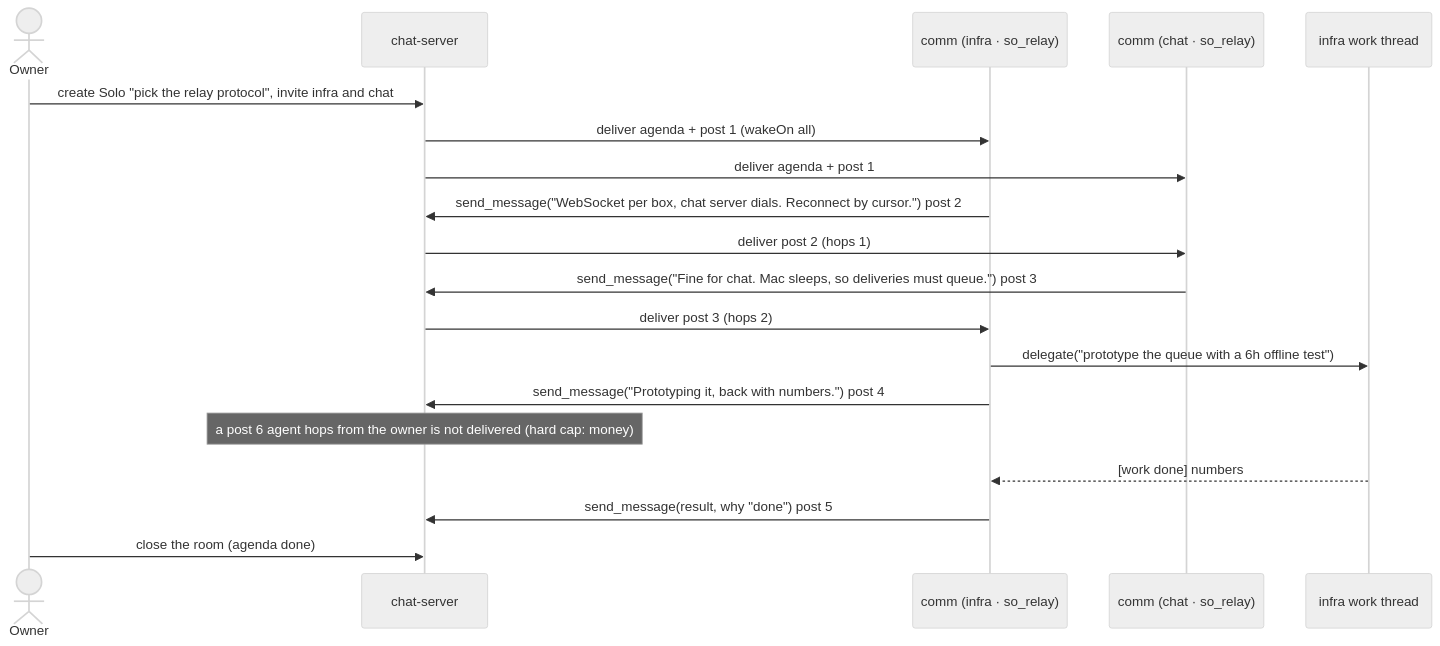
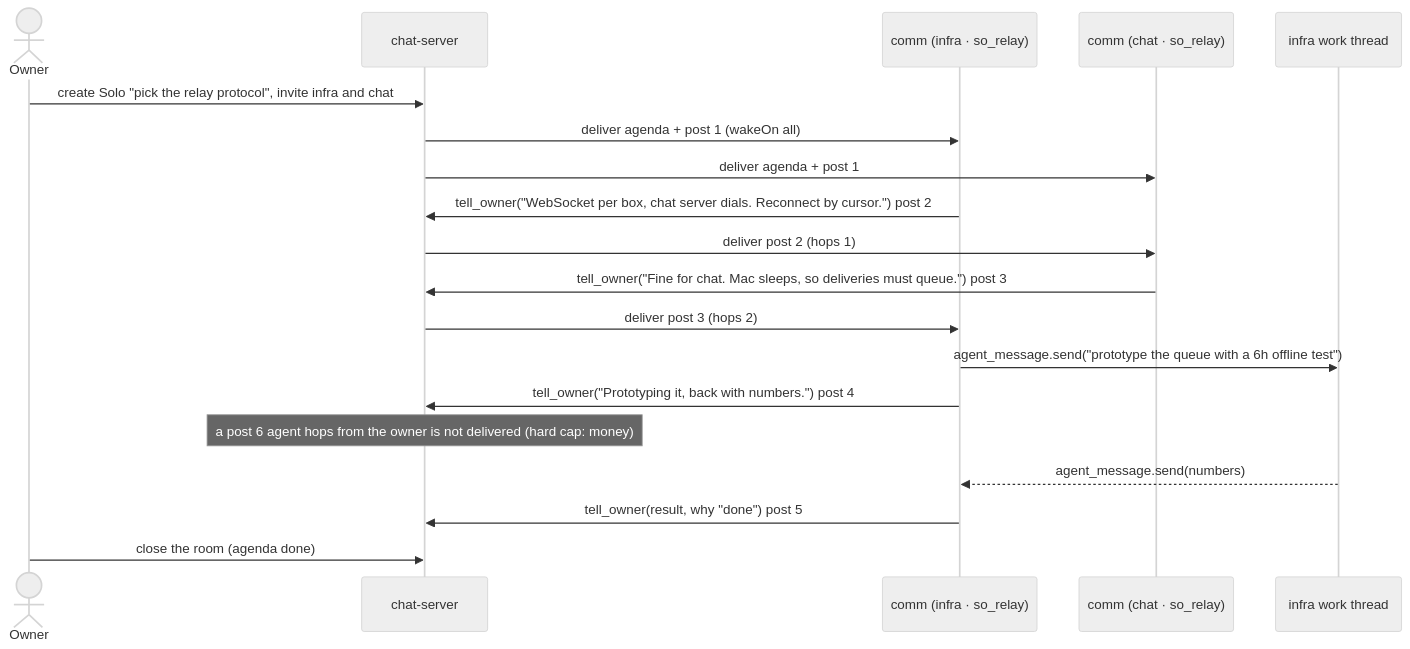
The fifth of 6 diagrams in apps/chat/docs/agent-model.md (sieu-n/sieun-pi), drawn with Mermaid (neutral theme) before and after one commit. The commit also changed other lines of this file, not shown here.

First line of the commit message:
docs(chat): agent-model.md matches the built system

````diff
--- a/apps/chat/docs/agent-model.md
+++ b/apps/chat/docs/agent-model.md
@@ -190,21 +190,21 @@
 ```mermaid
 sequenceDiagram
   actor O as Owner
   participant S as chat-server
   participant A as comm (infra · so_relay)
   participant B as comm (chat · so_relay)
   participant KA as infra work thread
   O->>S: create Solo "pick the relay protocol", invite infra and chat
   S->>A: deliver agenda + post 1 (wakeOn all)
   S->>B: deliver agenda + post 1
-  A->>S: send_message("WebSocket per box, chat server dials. Reconnect by cursor.") post 2
+  A->>S: tell_owner("WebSocket per box, chat server dials. Reconnect by cursor.") post 2
   S->>B: deliver post 2 (hops 1)
-  B->>S: send_message("Fine for chat. Mac sleeps, so deliveries must queue.") post 3
+  B->>S: tell_owner("Fine for chat. Mac sleeps, so deliveries must queue.") post 3
   S->>A: deliver post 3 (hops 2)
-  A->>KA: delegate("prototype the queue with a 6h offline test")
-  A->>S: send_message("Prototyping it, back with numbers.") post 4
+  A->>KA: agent_message.send("prototype the queue with a 6h offline test")
+  A->>S: tell_owner("Prototyping it, back with numbers.") post 4
   Note over S: a post 6 agent hops from the owner is not delivered (hard cap: money)
-  KA-->>A: [work done] numbers
-  A->>S: send_message(result, why "done") post 5
+  KA-->>A: agent_message.send(numbers)
+  A->>S: tell_owner(result, why "done") post 5
   O->>S: close the room (agenda done)
 ```
````
